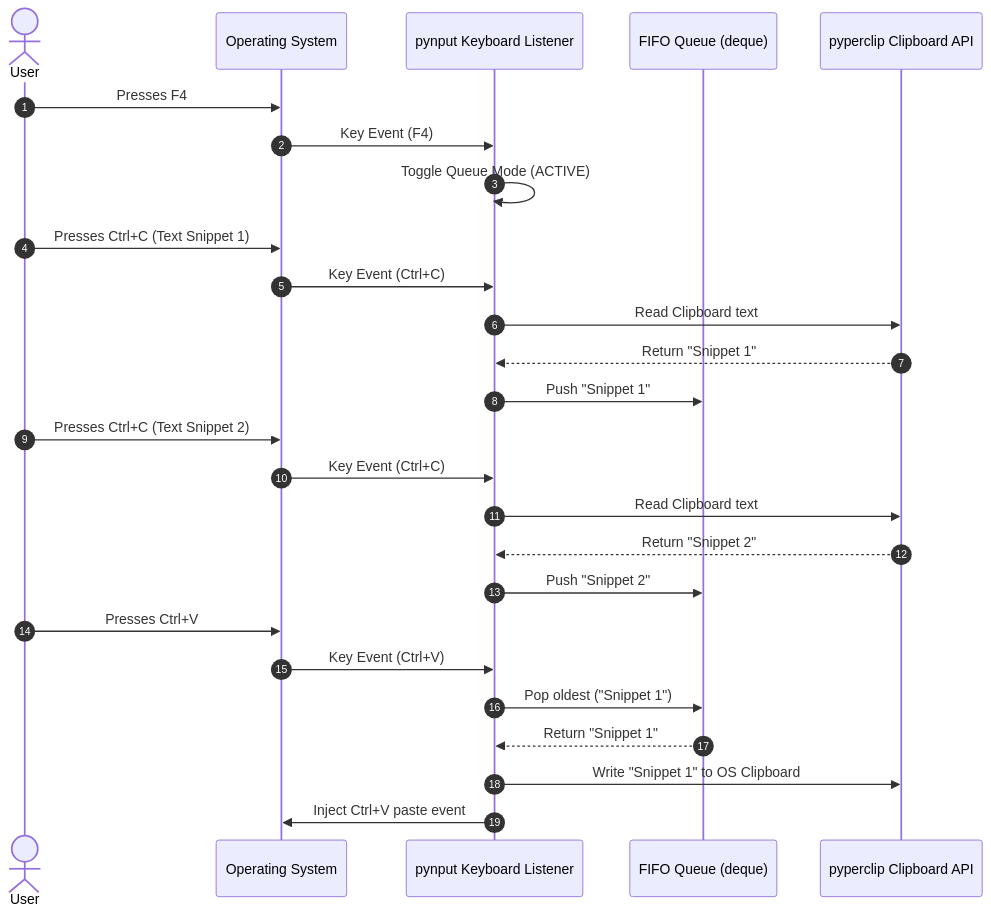
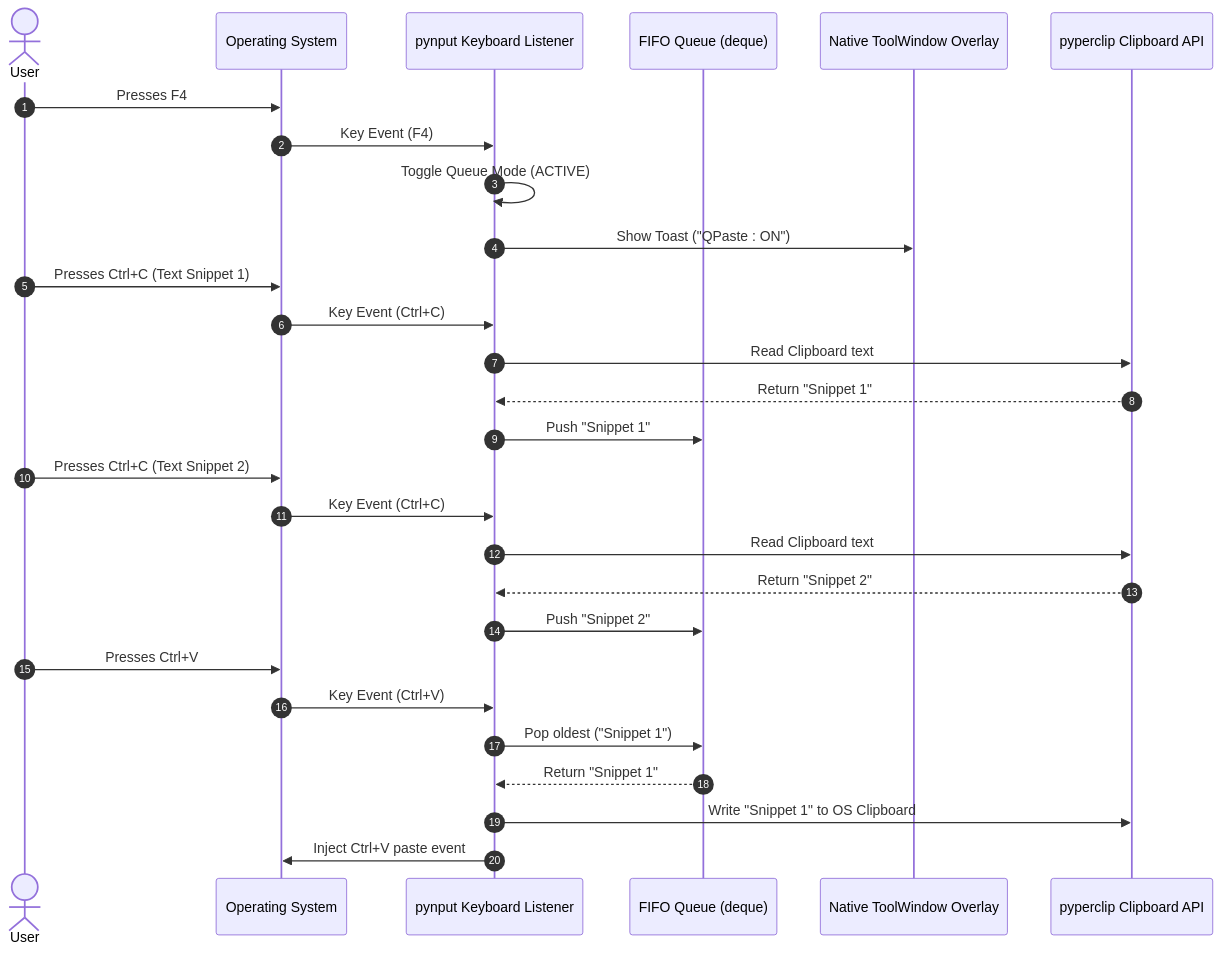
One commit to chinthanasathyajithcs/qpaste changed the diagram in docs/POC.md. Above: the diagram before and after it, drawn with Mermaid. The commit also changed other lines of this file and 13 other files, not shown here.

Commit message:
feat(ui): implement native win32 toast overlay and silent system tray launch

````diff
--- a/docs/POC.md
+++ b/docs/POC.md
@@ -22,32 +25,34 @@
 ```mermaid
 sequenceDiagram
     autonumber
     actor User
     participant OS as Operating System
     participant Listener as pynput Keyboard Listener
     participant Queue as FIFO Queue (deque)
+    participant Toast as Native ToolWindow Overlay
     participant Clip as pyperclip Clipboard API
 
     User->>OS: Presses F4
     OS->>Listener: Key Event (F4)
     Listener->>Listener: Toggle Queue Mode (ACTIVE)
+    Listener->>Toast: Show Toast ("QPaste : ON")
 
     User->>OS: Presses Ctrl+C (Text Snippet 1)
     OS->>Listener: Key Event (Ctrl+C)
     Listener->>Clip: Read Clipboard text
     Clip-->>Listener: Return "Snippet 1"
     Listener->>Queue: Push "Snippet 1"
 
     User->>OS: Presses Ctrl+C (Text Snippet 2)
     OS->>Listener: Key Event (Ctrl+C)
     Listener->>Clip: Read Clipboard text
     Clip-->>Listener: Return "Snippet 2"
     Listener->>Queue: Push "Snippet 2"
 
     User->>OS: Presses Ctrl+V
     OS->>Listener: Key Event (Ctrl+V)
     Listener->>Queue: Pop oldest ("Snippet 1")
     Queue-->>Listener: Return "Snippet 1"
     Listener->>Clip: Write "Snippet 1" to OS Clipboard
     Listener->>OS: Inject Ctrl+V paste event
 ```
````
